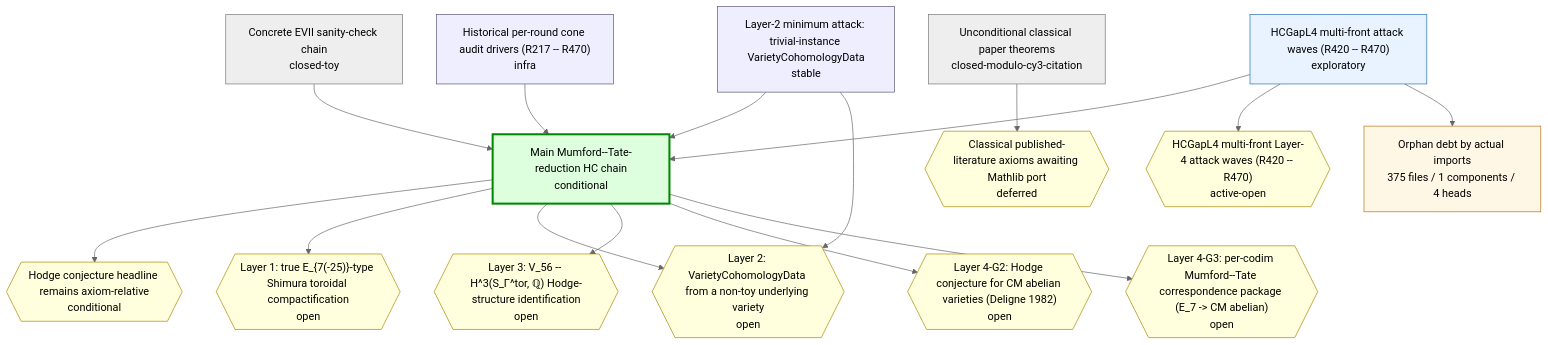
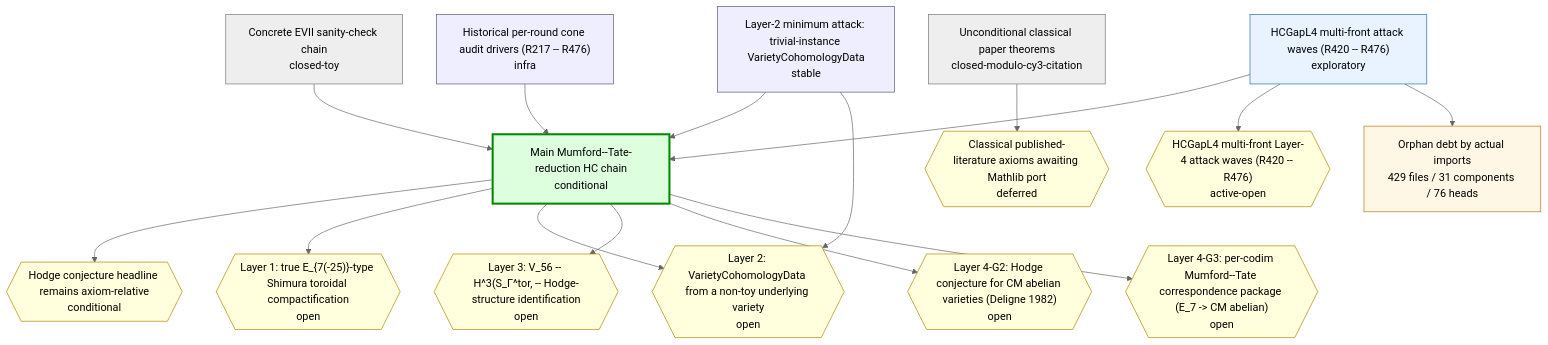
Before and after one commit to crabsatellite/hodge-conjecture-lean4-formalization: the first of 2 diagrams in chain-status/research-map.md, drawn with Mermaid (neutral theme). The commit also changed other lines of this file and 15 other files, not shown here.

````diff
--- a/chain-status/research-map.md
+++ b/chain-status/research-map.md
@@ -30,44 +32,44 @@
 ```mermaid
 graph TD
   classDef main fill:#dfd,stroke:#080,stroke-width:3px
   classDef active fill:#e8f3ff,stroke:#2670b8
   classDef support fill:#eef,stroke:#557
   classDef closed fill:#eee,stroke:#777
   classDef dead fill:#fdd,stroke:#a00,stroke-width:2px
   classDef gapOpen fill:#ffd,stroke:#a80
   classDef gapClosed fill:#eee,stroke:#777
   classDef gapDead fill:#fdd,stroke:#a00
   classDef debt fill:#fff7e6,stroke:#b87514
   classDef debtTaxonomy fill:#e8f3ff,stroke:#2670b8,stroke-dasharray:3 3
   classDef debtRule fill:#eefbea,stroke:#398439,stroke-dasharray:3 3
   classDef debtDead fill:#fdd,stroke:#a00,stroke-dasharray:3 3
   chain_main_hc_axiom_relative["Main Mumford--Tate-reduction HC chain\nconditional"]:::main
   chain_unconditional_classical["Unconditional classical paper theorems\nclosed-modulo-cy3-citation"]:::closed
   chain_hcgap_l2_trivial_instances["Layer-2 minimum attack: trivial-instance VarietyCohomologyData\nstable"]:::support
-  chain_hcgap_l4_multifront_active["HCGapL4 multi-front attack waves (R420 -- R470)\nexploratory"]:::active
+  chain_hcgap_l4_multifront_active["HCGapL4 multi-front attack waves (R420 -- R476)\nexploratory"]:::active
   chain_concrete_evii_toy["Concrete EVII sanity-check chain\nclosed-toy"]:::closed
-  chain_historical_cone_audits["Historical per-round cone audit drivers (R217 -- R470)\ninfra"]:::support
+  chain_historical_cone_audits["Historical per-round cone audit drivers (R217 -- R476)\ninfra"]:::support
   gap_G_main_hc{{"Hodge conjecture headline remains axiom-relative\nconditional"}}:::gapOpen
   gap_G_l1_e7_shimura_tor{{"Layer 1: true E_{7(-25)}-type Shimura toroidal compactification\nopen"}}:::gapOpen
   gap_G_l2_cohomology_construction{{"Layer 2: VarietyCohomologyData from a non-toy underlying variety\nopen"}}:::gapOpen
-  gap_G_l3_v56_mt_identification{{"Layer 3: V_56 -- H^3(S_Γ^tor, ℚ) Hodge-structure identification\nopen"}}:::gapOpen
+  gap_G_l3_v56_mt_identification{{"Layer 3: V_56 -- H^3(S_Γ^tor, -- Hodge-structure identification\nopen"}}:::gapOpen
   gap_G_l4_cm_abelian_hc{{"Layer 4-G2: Hodge conjecture for CM abelian varieties (Deligne 1982)\nopen"}}:::gapOpen
   gap_G_l4_mt_correspondence{{"Layer 4-G3: per-codim Mumford--Tate correspondence package (E_7 -> CM abelian)\nopen"}}:::gapOpen
   gap_G_classical_mathlib_port{{"Classical published-literature axioms awaiting Mathlib port\ndeferred"}}:::gapOpen
-  gap_G_hcgap_l4_multifront{{"HCGapL4 multi-front Layer-4 attack waves (R420 -- R470)\nactive-open"}}:::gapOpen
+  gap_G_hcgap_l4_multifront{{"HCGapL4 multi-front Layer-4 attack waves (R420 -- R476)\nactive-open"}}:::gapOpen
   chain_main_hc_axiom_relative --> gap_G_main_hc
   chain_main_hc_axiom_relative --> gap_G_l1_e7_shimura_tor
   chain_main_hc_axiom_relative --> gap_G_l2_cohomology_construction
   chain_main_hc_axiom_relative --> gap_G_l3_v56_mt_identification
   chain_main_hc_axiom_relative --> gap_G_l4_cm_abelian_hc
   chain_main_hc_axiom_relative --> gap_G_l4_mt_correspondence
   chain_unconditional_classical --> gap_G_classical_mathlib_port
   chain_hcgap_l2_trivial_instances --> chain_main_hc_axiom_relative
   chain_hcgap_l2_trivial_instances --> gap_G_l2_cohomology_construction
   chain_hcgap_l4_multifront_active --> chain_main_hc_axiom_relative
   chain_hcgap_l4_multifront_active --> gap_G_hcgap_l4_multifront
   chain_concrete_evii_toy --> chain_main_hc_axiom_relative
   chain_historical_cone_audits --> chain_main_hc_axiom_relative
-  debt_all["Orphan debt by actual imports\n375 files / 1 components / 4 heads"]:::debt
+  debt_all["Orphan debt by actual imports\n429 files / 31 components / 76 heads"]:::debt
   chain_hcgap_l4_multifront_active --> debt_all
 ```
````
